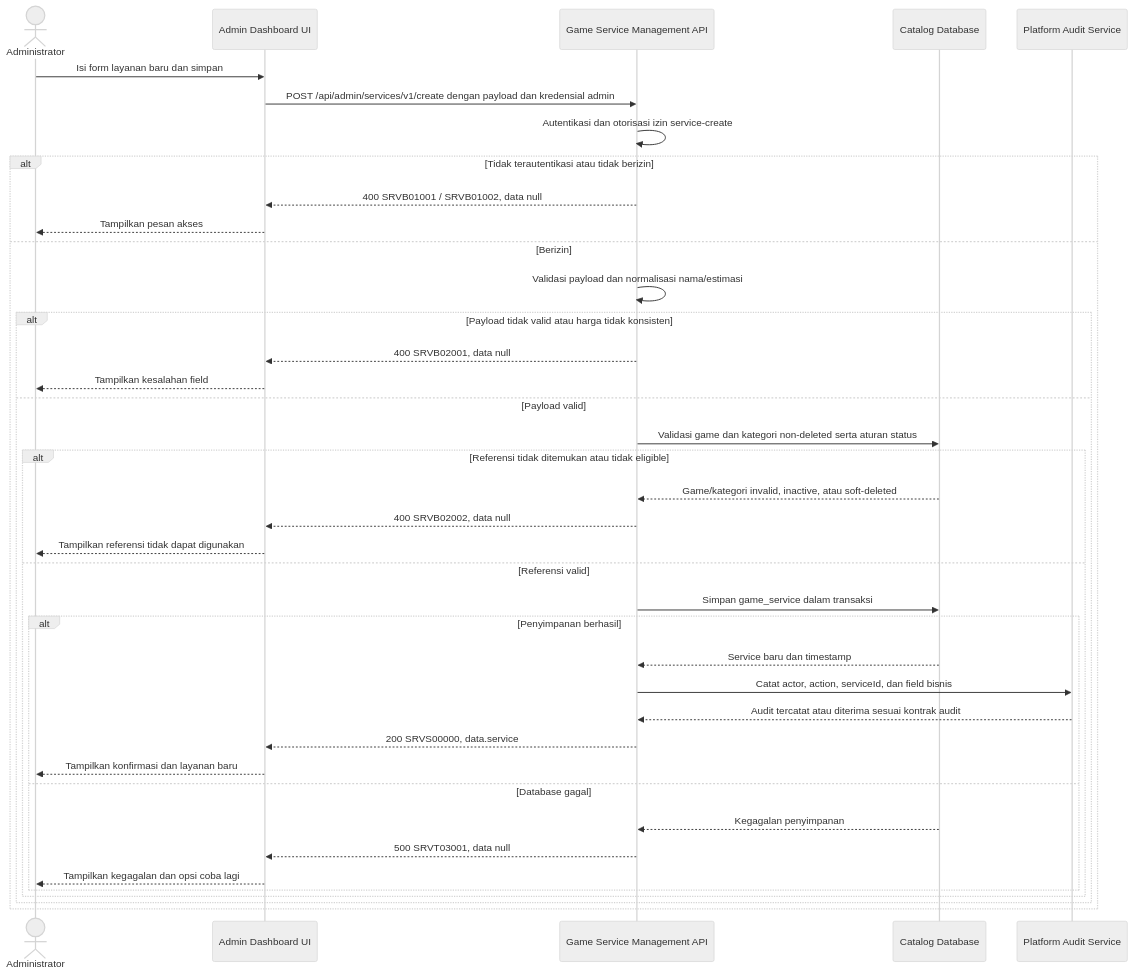
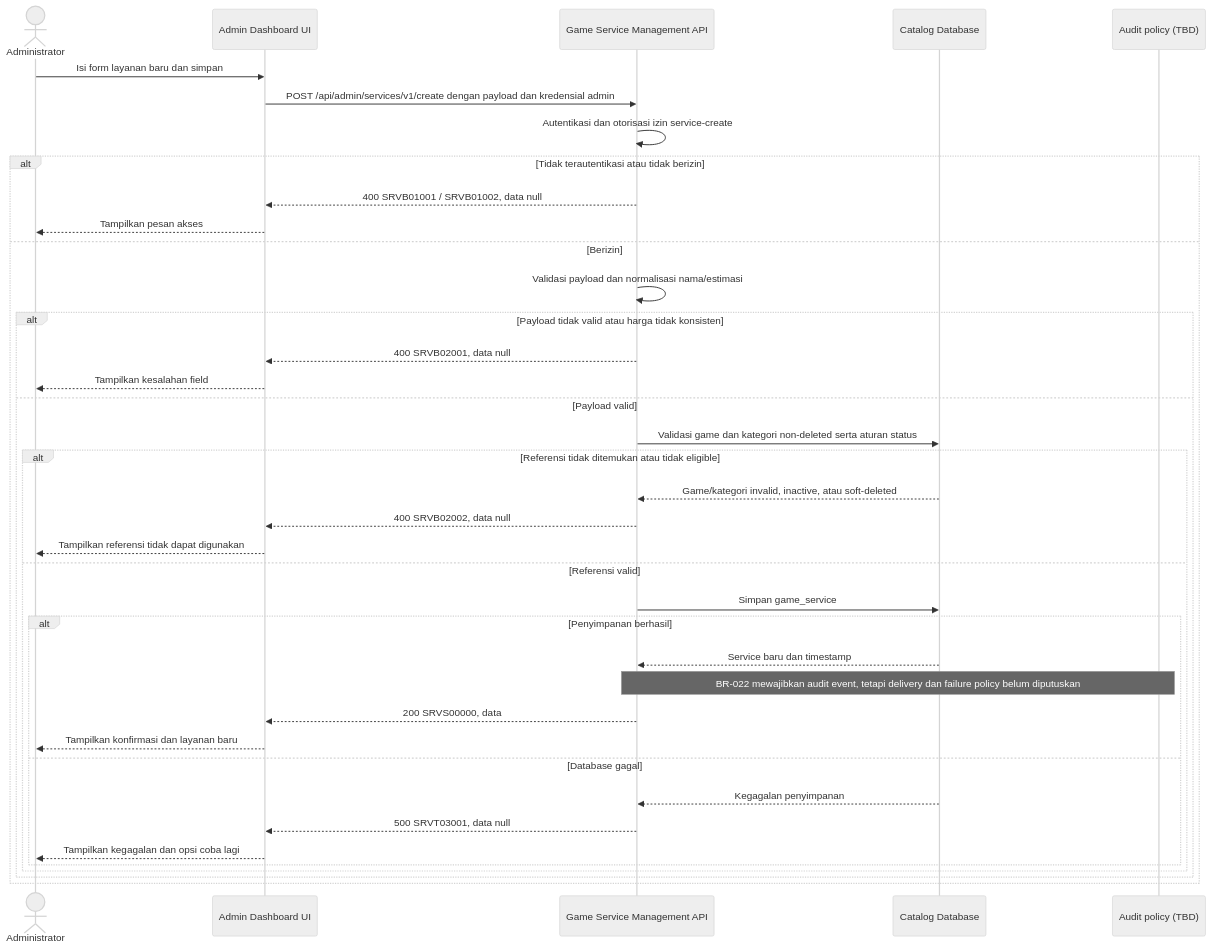
One commit to fatihmuhamadridho/docs-game-service-platform changed the diagram in sprint-2/solutioning/dashboard/services/create-service.md. Above: the diagram before and after it, drawn with Mermaid (neutral theme). The commit also changed other lines of this file and 65 other files, not shown here.

````diff
--- a/sprint-2/solutioning/dashboard/services/create-service.md
+++ b/sprint-2/solutioning/dashboard/services/create-service.md
@@ -14,41 +16,40 @@
 ```mermaid
 sequenceDiagram
     actor Admin as Administrator
     participant UI as Admin Dashboard UI
     participant API as Game Service Management API
     participant DB as Catalog Database
-    participant Audit as Platform Audit Service
+    participant Audit as Audit policy (TBD)
     Admin->>UI: Isi form layanan baru dan simpan
     UI->>API: POST /api/admin/services/v1/create dengan payload dan kredensial admin
     API->>API: Autentikasi dan otorisasi izin service-create
     alt Tidak terautentikasi atau tidak berizin
         API-->>UI: 400 SRVB01001 / SRVB01002, data null
         UI-->>Admin: Tampilkan pesan akses
     else Berizin
         API->>API: Validasi payload dan normalisasi nama/estimasi
         alt Payload tidak valid atau harga tidak konsisten
             API-->>UI: 400 SRVB02001, data null
             UI-->>Admin: Tampilkan kesalahan field
         else Payload valid
             API->>DB: Validasi game dan kategori non-deleted serta aturan status
             alt Referensi tidak ditemukan atau tidak eligible
                 DB-->>API: Game/kategori invalid, inactive, atau soft-deleted
                 API-->>UI: 400 SRVB02002, data null
                 UI-->>Admin: Tampilkan referensi tidak dapat digunakan
             else Referensi valid
-                API->>DB: Simpan game_service dalam transaksi
+                API->>DB: Simpan game_service
                 alt Penyimpanan berhasil
                     DB-->>API: Service baru dan timestamp
-                    API->>Audit: Catat actor, action, serviceId, dan field bisnis
-                    Audit-->>API: Audit tercatat atau diterima sesuai kontrak audit
-                    API-->>UI: 200 SRVS00000, data.service
+                    Note over API,Audit: BR-022 mewajibkan audit event, tetapi delivery dan failure policy belum diputuskan
+                    API-->>UI: 200 SRVS00000, data
                     UI-->>Admin: Tampilkan konfirmasi dan layanan baru
                 else Database gagal
                     DB-->>API: Kegagalan penyimpanan
                     API-->>UI: 500 SRVT03001, data null
                     UI-->>Admin: Tampilkan kegagalan dan opsi coba lagi
                 end
             end
         end
     end
 ```
````
